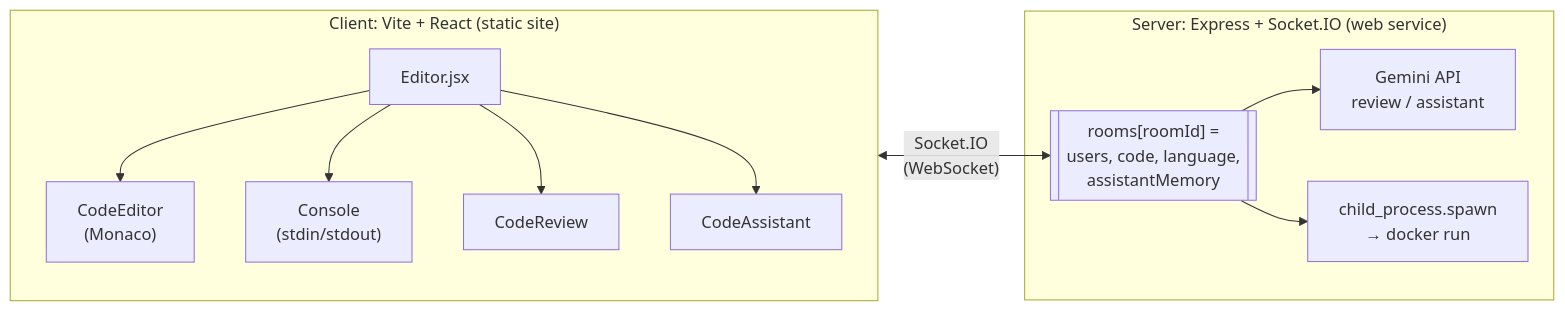
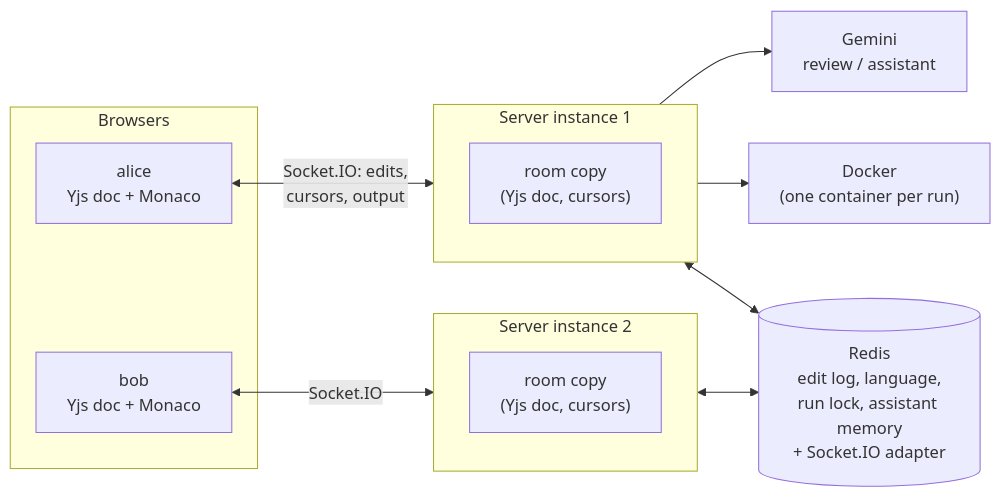
One commit to ankitsingathia/codetogether changed the diagram in Readme.md. Above: the diagram before and after it, drawn with Mermaid. The commit also changed other lines of this file and 15 other files, not shown here.

First line of the commit message:
Share rooms between server instances through Redis

````diff
--- a/Readme.md
+++ b/Readme.md
@@ -19,21 +19,33 @@
 ```mermaid
 flowchart LR
-    subgraph Client["Client: Vite + React (static site)"]
-        Editor["Editor.jsx"]
-        CodeEditor["CodeEditor\n(Monaco)"]
-        Console["Console\n(stdin/stdout)"]
-        CodeReview["CodeReview"]
-        CodeAssistant["CodeAssistant"]
-        Editor --> CodeEditor & Console & CodeReview & CodeAssistant
+    subgraph Browsers
+        A["alice
+Yjs doc + Monaco"]
+        B["bob
+Yjs doc + Monaco"]
     end
 
-    subgraph Server["Server: Express + Socket.IO (web service)"]
-        Rooms[["rooms[roomId] =\nusers, code, language,\nassistantMemory"]]
-        Gemini["Gemini API\nreview / assistant"]
-        Docker["child_process.spawn\n→ docker run"]
-        Rooms --> Gemini
-        Rooms --> Docker
+    subgraph S1["Server instance 1"]
+        R1["room copy
+(Yjs doc, cursors)"]
+    end
+    subgraph S2["Server instance 2"]
+        R2["room copy
+(Yjs doc, cursors)"]
     end
 
-    Client <-->|"Socket.IO\n(WebSocket)"| Rooms
+    Redis[("Redis
+edit log, language,
+run lock, assistant memory
++ Socket.IO adapter")]
+
+    A <-->|"Socket.IO: edits,
+cursors, output"| S1
+    B <-->|Socket.IO| S2
+    S1 <--> Redis
+    S2 <--> Redis
+    S1 --> Docker["Docker
+(one container per run)"]
+    S1 --> Gemini["Gemini
+review / assistant"]
 ```
````
